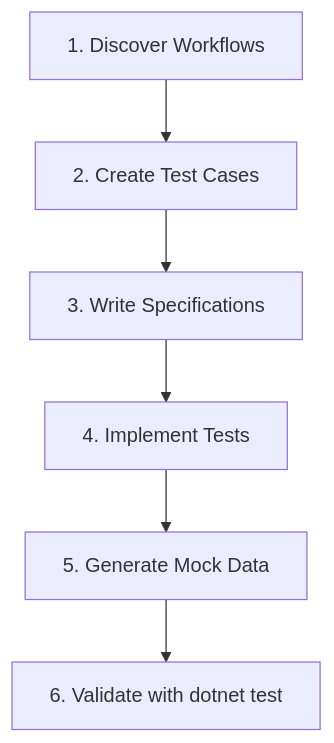
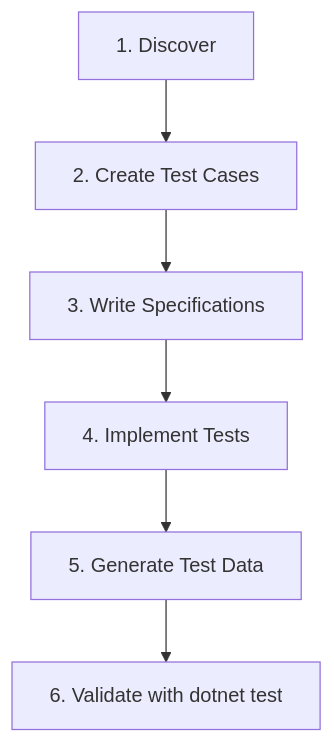
Before and after one commit to wsilveiranz/logicapps-unittest-custom-agent: the diagram in README.md, drawn with Mermaid. The commit also changed other lines of this file and 2 other files, not shown here.

Commit message:
Add Logic Apps Workflow Unit Test Author agent and update README for dual agent support

````diff
--- a/README.md
+++ b/README.md
@@ -144,8 +215,8 @@
 ```mermaid
 graph TD
-    A[1. Discover Workflows] --> B[2. Create Test Cases]
+    A[1. Discover] --> B[2. Create Test Cases]
     B --> C[3. Write Specifications]
     C --> D[4. Implement Tests]
-    D --> E[5. Generate Mock Data]
+    D --> E[5. Generate Test Data]
     E --> F[6. Validate with dotnet test]
 ```
````
